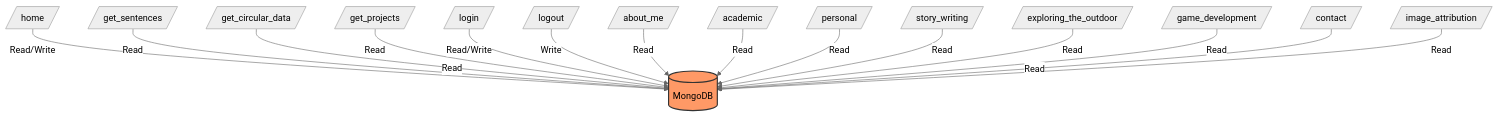
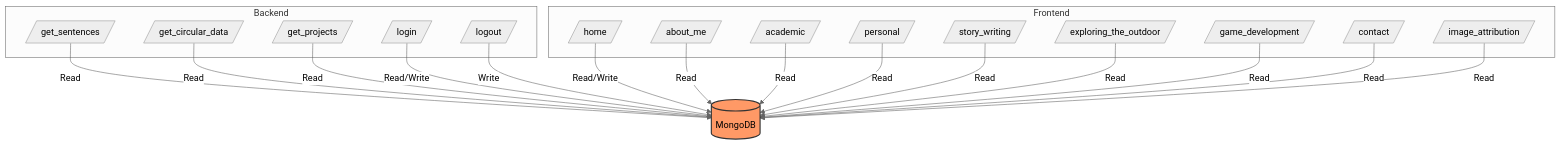
The diagram in README.md (tarek-debug/Online_Portfolio), drawn with Mermaid (neutral theme) before and after one commit. The commit also changed other lines of this file, not shown here.

````diff
--- a/README.md
+++ b/README.md
@@ -54,19 +65,40 @@
 ```mermaid
 graph TD
-    Home[/home/] -->|Read/Write| MongoDB[(MongoDB)]
-    GetSentences[/get_sentences/] -->|Read| MongoDB
-    GetCircularData[/get_circular_data/] -->|Read| MongoDB
-    GetProjects[/get_projects/] -->|Read| MongoDB
-    Login[/login/] -->|Read/Write| MongoDB
-    Logout[/logout/] -->|Write| MongoDB
-    AboutMe[/about_me/] -->|Read| MongoDB
-    Academic[/academic/] -->|Read| MongoDB
-    Personal[/personal/] -->|Read| MongoDB
-    StoryWriting[/story_writing/] -->|Read| MongoDB
-    ExploringOutdoor[/exploring_the_outdoor/] -->|Read| MongoDB
-    GameDevelopment[/game_development/] -->|Read| MongoDB
-    Contact[/contact/] -->|Read| MongoDB
-    ImageAttribution[/image_attribution/] -->|Read| MongoDB
+    subgraph Frontend
+    Home[/home/]
+    AboutMe[/about_me/]
+    Academic[/academic/]
+    Personal[/personal/]
+    StoryWriting[/story_writing/]
+    ExploringOutdoor[/exploring_the_outdoor/]
+    GameDevelopment[/game_development/]
+    Contact[/contact/]
+    ImageAttribution[/image_attribution/]
+    end
+
+    subgraph Backend
+    GetSentences[/get_sentences/] 
+    GetCircularData[/get_circular_data/] 
+    GetProjects[/get_projects/] 
+    Login[/login/] 
+    Logout[/logout/] 
+    end
+
+    Home -->|Read/Write| MongoDB[(MongoDB)]
+    GetSentences -->|Read| MongoDB
+    GetCircularData -->|Read| MongoDB
+    GetProjects -->|Read| MongoDB
+    Login -->|Read/Write| MongoDB
+    Logout -->|Write| MongoDB
+    AboutMe -->|Read| MongoDB
+    Academic -->|Read| MongoDB
+    Personal -->|Read| MongoDB
+    StoryWriting -->|Read| MongoDB
+    ExploringOutdoor -->|Read| MongoDB
+    GameDevelopment -->|Read| MongoDB
+    Contact -->|Read| MongoDB
+    ImageAttribution -->|Read| MongoDB
 
     style MongoDB fill:#f96,stroke:#333,stroke-width:2px
+
 ```
````
